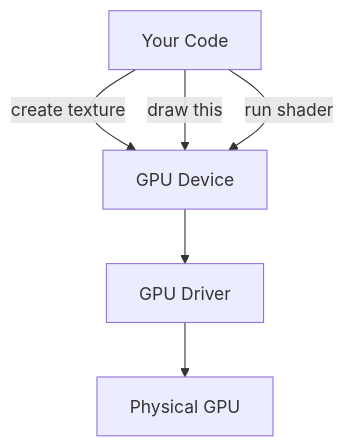
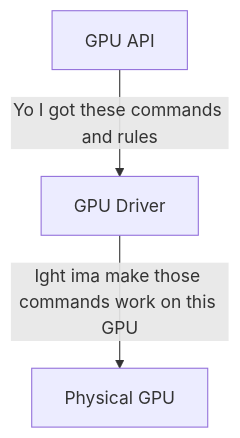
Before and after one commit to developer-benny-zhu/handmade-gpuer: the eighth of 11 diagrams in docs/clearing_the_window.md, drawn with Mermaid. The commit also changed other lines of this file and 11 other files, not shown here.

````diff
--- a/docs/clearing_the_window.md
+++ b/docs/clearing_the_window.md
@@ -293,12 +362,9 @@
 ```mermaid
-flowchart TD
-    Code["Your Code"]
-    Device["GPU Device"]
+flowchart
+    API["GPU API"]
     Driver["GPU Driver"]
     GPU["Physical GPU"]
-    Code -->|"create texture"| Device
-    Code -->|"draw this"| Device
-    Code -->|"run shader"| Device
-    Device --> Driver
-    Driver --> GPU
+
+    API -->|"Yo I got these commands and rules"| Driver
+    Driver -->|"Ight ima make those commands work on this GPU"| GPU
 ```
````
